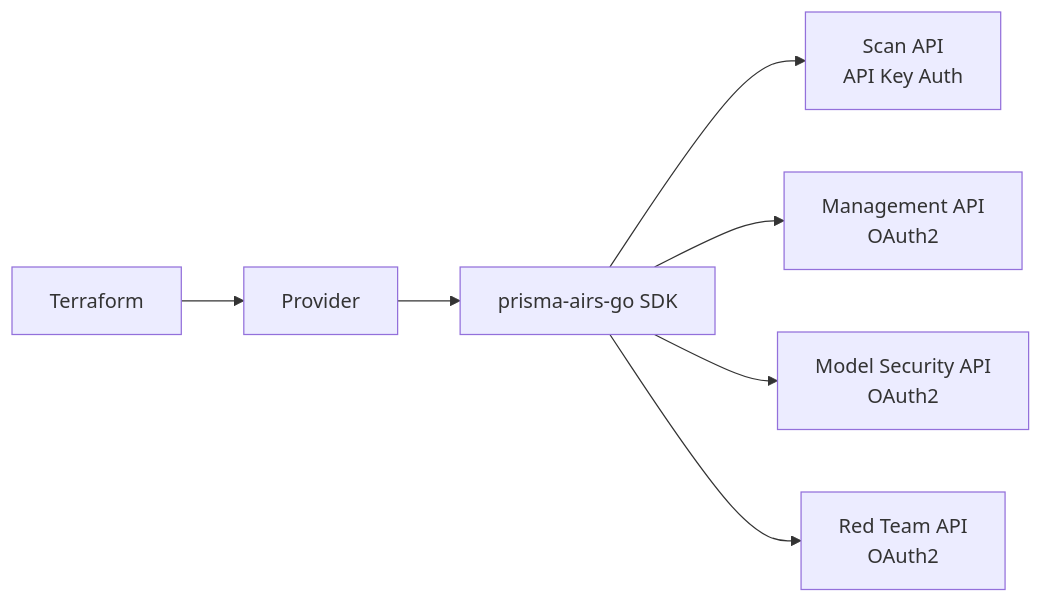
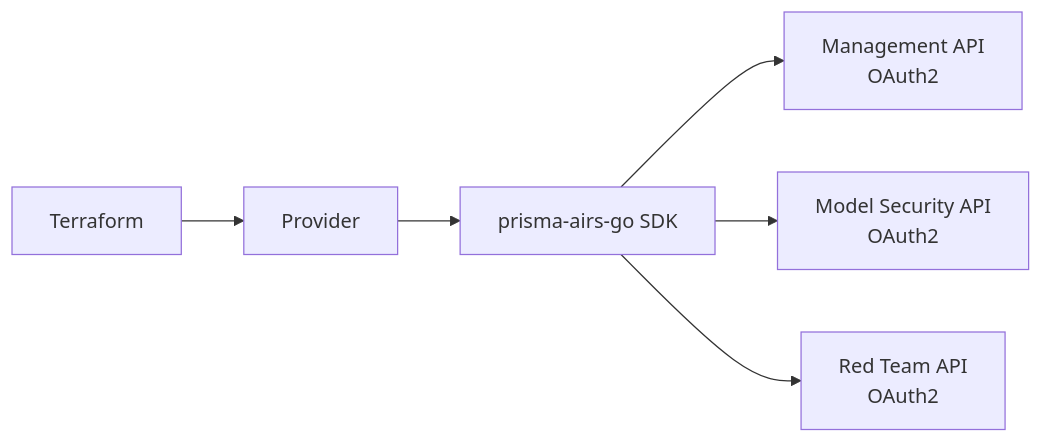
The diagram in docs/index.md (cdot65/terraform-provider-prisma-airs), drawn with Mermaid before and after one commit. The commit also changed other lines of this file and 49 other files, not shown here.

````diff
--- a/docs/index.md
+++ b/docs/index.md
@@ -24,9 +23,8 @@
 ```mermaid
 graph LR
     A[Terraform] --> B[Provider]
     B --> C[prisma-airs-go SDK]
-    C --> D[Scan API<br/>API Key Auth]
     C --> E[Management API<br/>OAuth2]
     C --> F[Model Security API<br/>OAuth2]
     C --> G[Red Team API<br/>OAuth2]
 ```
````
